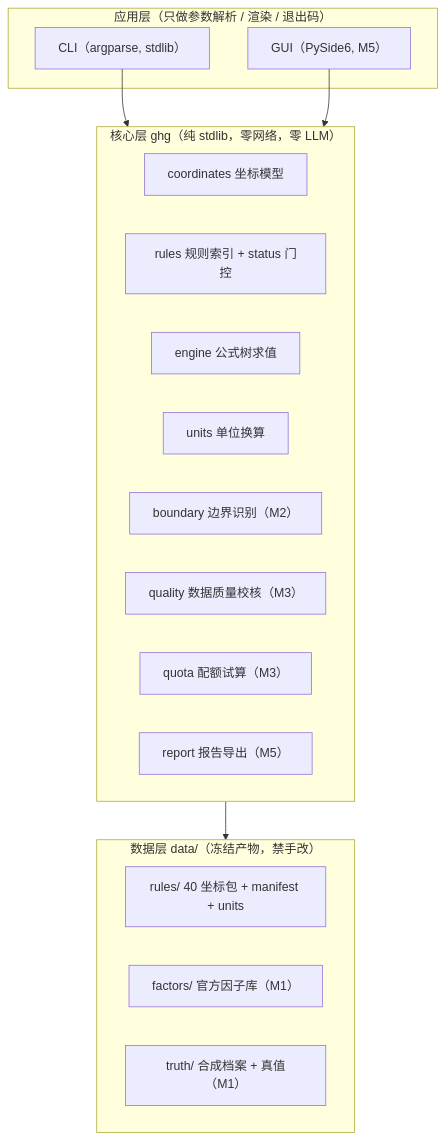
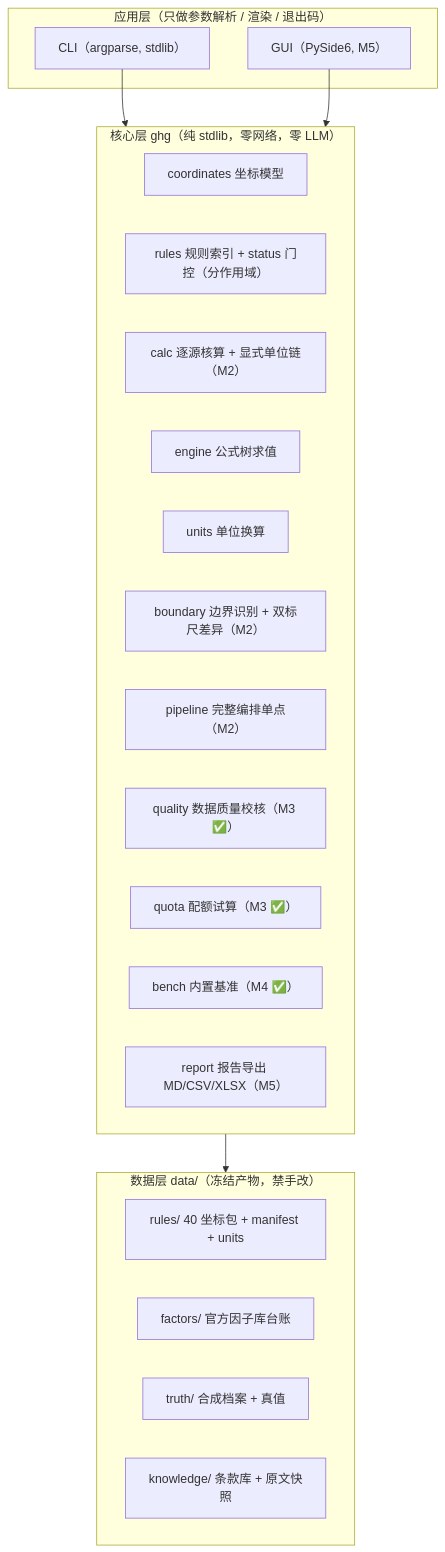
Before and after one commit to yuluo554/ghg-accounting-workbench: the diagram in README.md, drawn with Mermaid. The commit also changed other lines of this file, not shown here.

````diff
--- a/README.md
+++ b/README.md
@@ -26,25 +44,29 @@
 ```mermaid
 flowchart TB
   subgraph App["应用层（只做参数解析 / 渲染 / 退出码）"]
     CLI["CLI（argparse, stdlib）"]
     GUI["GUI（PySide6, M5）"]
   end
-  subgraph Core["核心层 ghg（纯 stdlib，零网络，零 LLM）"]
+subgraph Core["核心层 ghg（纯 stdlib，零网络，零 LLM）"]
     CO["coordinates 坐标模型"]
-    RU["rules 规则索引 + status 门控"]
+    RU["rules 规则索引 + status 门控（分作用域）"]
+    CA["calc 逐源核算 + 显式单位链（M2）"]
     EN["engine 公式树求值"]
     UN["units 单位换算"]
-    BD["boundary 边界识别（M2）"]
-    QU["quality 数据质量校核（M3）"]
-    QT["quota 配额试算（M3）"]
-    RP["report 报告导出（M5）"]
+    BD["boundary 边界识别 + 双标尺差异（M2）"]
+    PL["pipeline 完整编排单点（M2）"]
+    QU["quality 数据质量校核（M3 ✅）"]
+    QT["quota 配额试算（M3 ✅）"]
+    BE["bench 内置基准（M4 ✅）"]
+    RP["report 报告导出 MD/CSV/XLSX（M5）"]
   end
   subgraph Data["数据层 data/（冻结产物，禁手改）"]
     RULES["rules/ 40 坐标包 + manifest + units"]
-    FAC["factors/ 官方因子库（M1）"]
-    TRU["truth/ 合成档案 + 真值（M1）"]
+    FAC["factors/ 官方因子库台账"]
+    TRU["truth/ 合成档案 + 真值"]
+    KNO["knowledge/ 条款库 + 原文快照"]
   end
   CLI --> Core
   GUI --> Core
   Core --> Data
 ```
````
